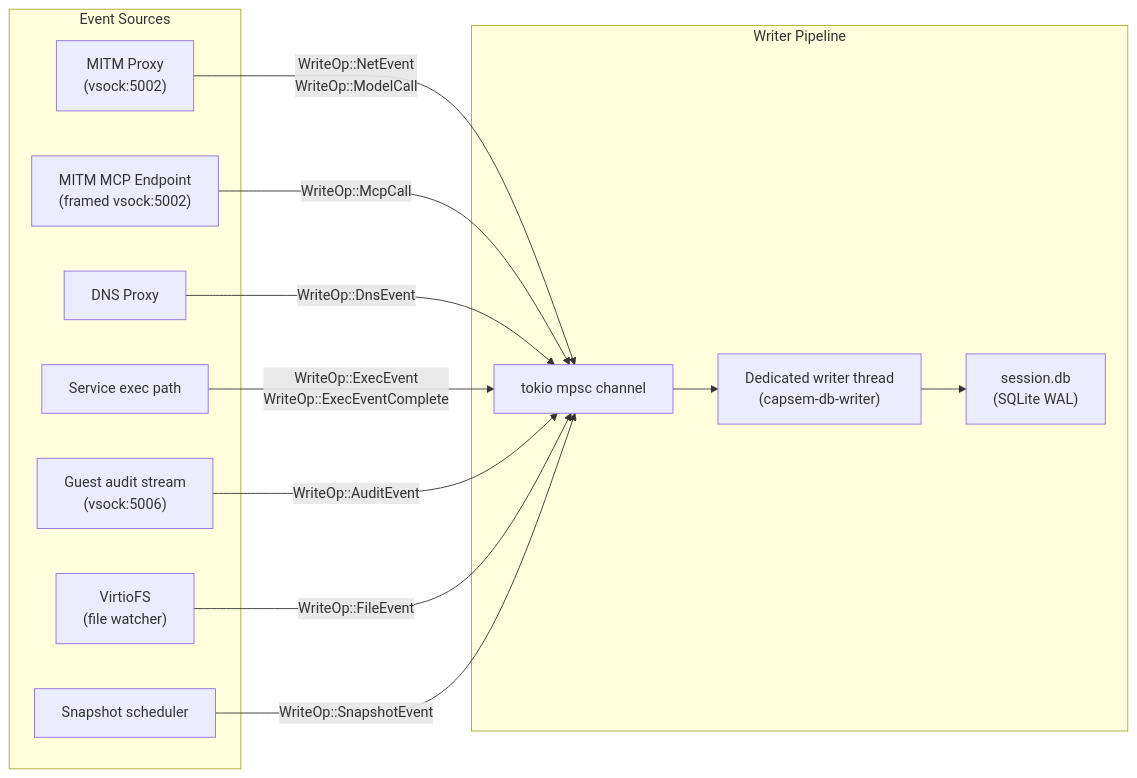
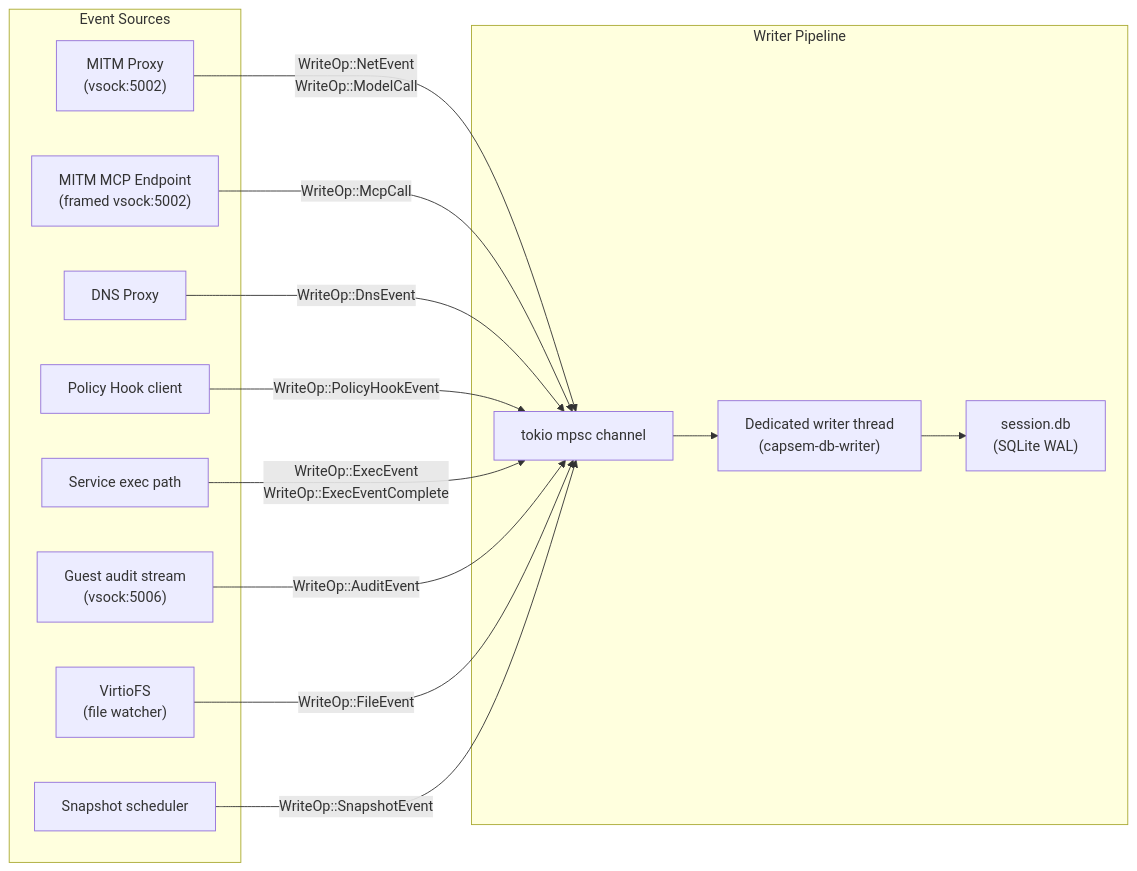
The second of 3 diagrams in docs/src/content/docs/architecture/session-telemetry.md (google/capsem), drawn with Mermaid before and after one commit. The commit also changed other lines of this file and 194 other files, not shown here.

````diff
--- a/docs/src/content/docs/architecture/session-telemetry.md
+++ b/docs/src/content/docs/architecture/session-telemetry.md
@@ -319,28 +354,30 @@
 ```mermaid
 graph LR
     subgraph "Event Sources"
         MITM["MITM Proxy<br/>(vsock:5002)"]
         MCP["MITM MCP Endpoint<br/>(framed vsock:5002)"]
         DNS["DNS Proxy"]
         EXEC["Service exec path"]
         AUDIT["Guest audit stream<br/>(vsock:5006)"]
         FS["VirtioFS<br/>(file watcher)"]
         SNAP["Snapshot scheduler"]
+        HOOK["Policy Hook client"]
     end
 
     subgraph "Writer Pipeline"
         CH["tokio mpsc channel"]
         WT["Dedicated writer thread<br/>(capsem-db-writer)"]
         DB["session.db<br/>(SQLite WAL)"]
     end
 
     MITM -->|"WriteOp::NetEvent<br/>WriteOp::ModelCall"| CH
     MCP -->|"WriteOp::McpCall"| CH
     DNS -->|"WriteOp::DnsEvent"| CH
+    HOOK -->|"WriteOp::PolicyHookEvent"| CH
     EXEC -->|"WriteOp::ExecEvent<br/>WriteOp::ExecEventComplete"| CH
     AUDIT -->|"WriteOp::AuditEvent"| CH
     FS -->|"WriteOp::FileEvent"| CH
     SNAP -->|"WriteOp::SnapshotEvent"| CH
     CH --> WT
     WT --> DB
 ```
````
